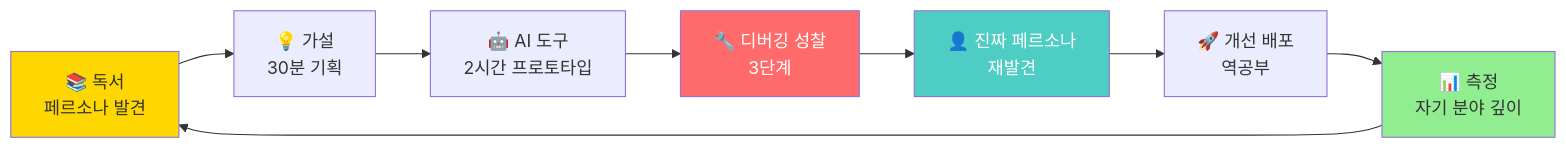
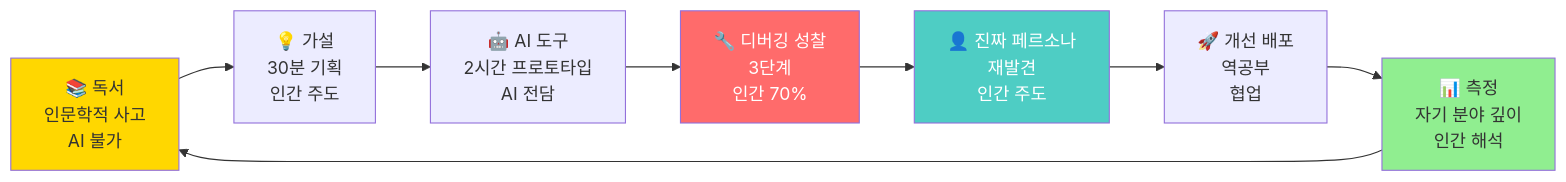
One commit to Collegenie-X/froebel changed diagram 25 of 25 in [핵심개념]-개발프로세스_이해와_4대역량_정의.md. Above: the diagram before and after it, drawn with Mermaid. The commit also changed other lines of this file and 1 other file, not shown here.

````diff
--- a/[핵심개념]-개발프로세스_이해와_4대역량_정의.md
+++ b/[핵심개념]-개발프로세스_이해와_4대역량_정의.md
@@ -1872,15 +2379,15 @@
 ```mermaid
 graph LR
-    A[📚 독서<br/>페르소나 발견] --> B[💡 가설<br/>30분 기획]
-    B --> C[🤖 AI 도구<br/>2시간 프로토타입]
-    C --> D[🔧 디버깅 성찰<br/>3단계]
-    D --> E[👤 진짜 페르소나<br/>재발견]
-    E --> F[🚀 개선 배포<br/>역공부]
-    F --> G[📊 측정<br/>자기 분야 깊이]
+    A[📚 독서<br/>인문학적 사고<br/>AI 불가] --> B[💡 가설<br/>30분 기획<br/>인간 주도]
+    B --> C[🤖 AI 도구<br/>2시간 프로토타입<br/>AI 전담]
+    C --> D[🔧 디버깅 성찰<br/>3단계<br/>인간 70%]
+    D --> E[👤 진짜 페르소나<br/>재발견<br/>인간 주도]
+    E --> F[🚀 개선 배포<br/>역공부<br/>협업]
+    F --> G[📊 측정<br/>자기 분야 깊이<br/>인간 해석]
     G --> A
     
     style A fill:#FFD700,color:#333
     style D fill:#FF6B6B,color:#fff
     style E fill:#4ECDC4,color:#fff
     style G fill:#90EE90,color:#333
 ```
````
